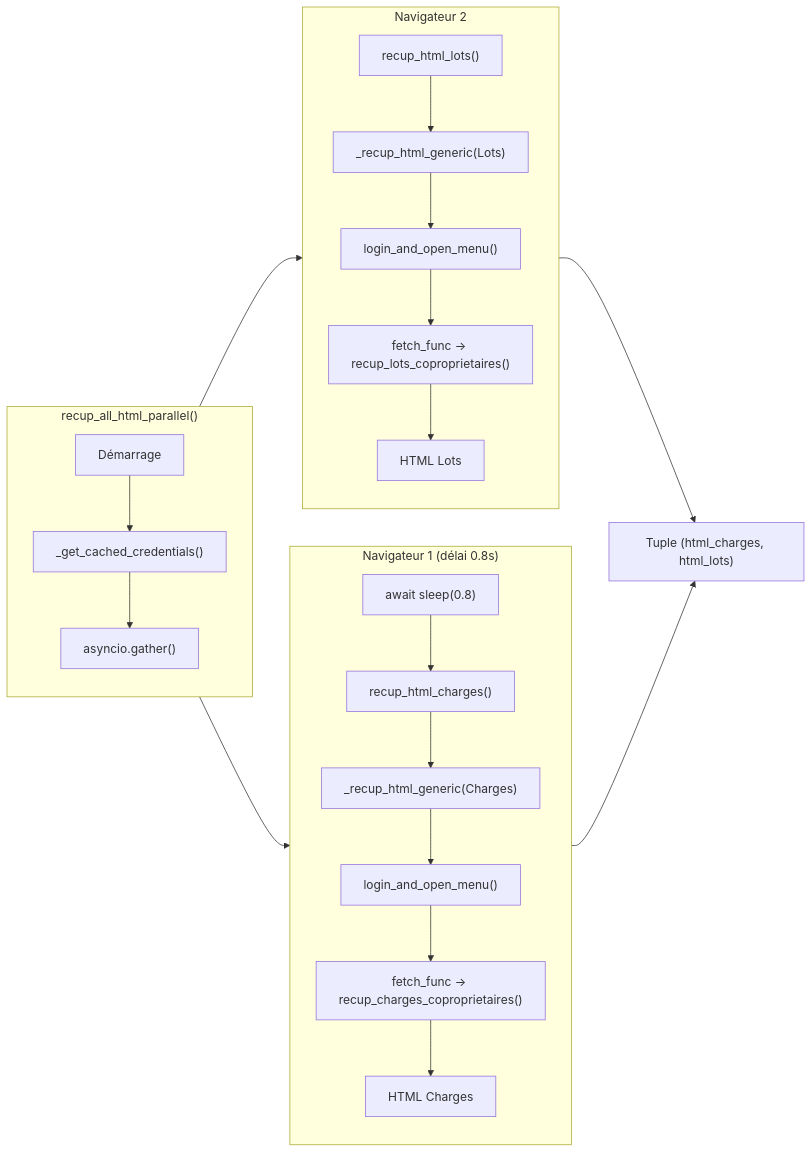
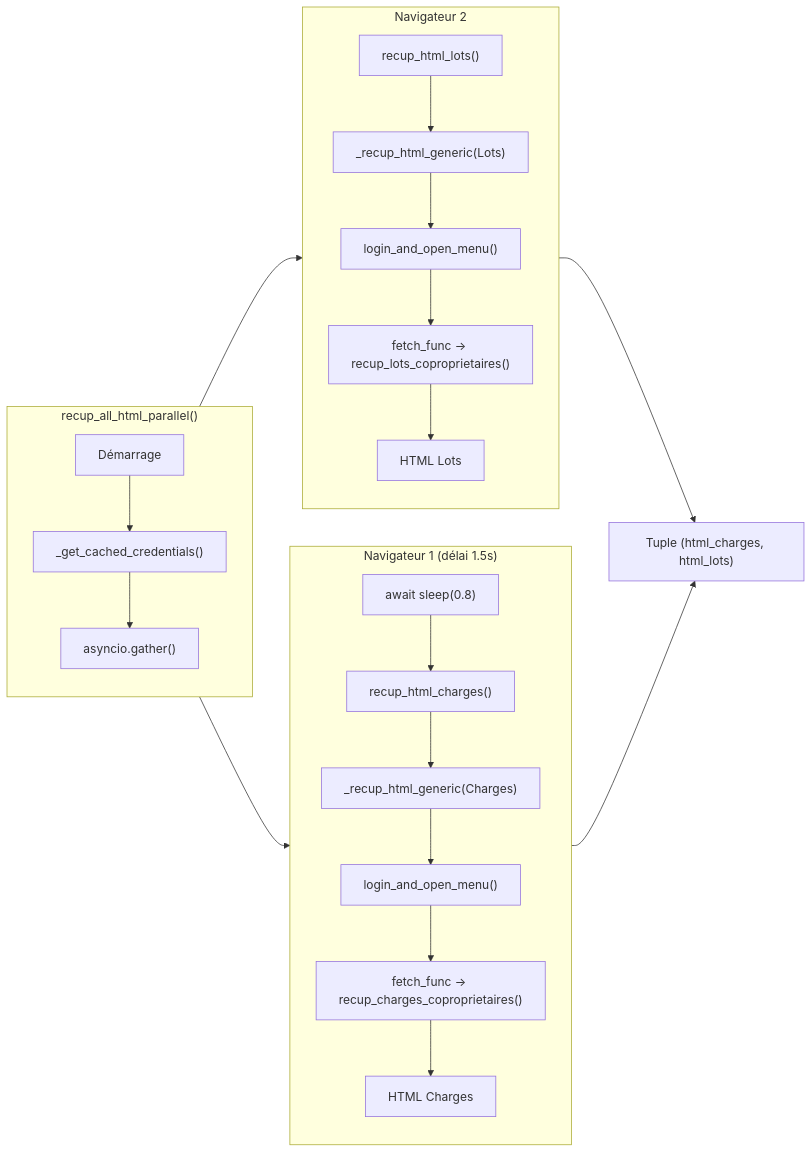
The fifth of 6 diagrams in reports/call_graph.md (therealcorwin/CPTCOPRO), drawn with Mermaid before and after one commit. The commit also changed other lines of this file, not shown here.

Commit message:
feat: Mettre à jour le graphe des appels pour inclure les nouvelles fonctions de validation et de création

````diff
--- a/reports/call_graph.md
+++ b/reports/call_graph.md
@@ -342,31 +355,31 @@
 ```mermaid
 flowchart LR
     subgraph Orchestration["recup_all_html_parallel()"]
         direction TB
         start["Démarrage"] --> creds["_get_cached_credentials()"]
         creds --> parallel["asyncio.gather()"]
     end
     
-    subgraph Nav1["Navigateur 1 (délai 0.8s)"]
+    subgraph Nav1["Navigateur 1 (délai 1.5s)"]
         direction TB
         delay["await sleep(0.8)"] --> charges["recup_html_charges()"]
         charges --> generic1["_recup_html_generic(Charges)"]
         generic1 --> login1["login_and_open_menu()"]
         login1 --> nav1["fetch_func → recup_charges_coproprietaires()"]
         nav1 --> html1["HTML Charges"]
     end
     
     subgraph Nav2["Navigateur 2"]
         direction TB
         lots["recup_html_lots()"] --> generic2["_recup_html_generic(Lots)"]
         generic2 --> login2["login_and_open_menu()"]
         login2 --> nav2["fetch_func → recup_lots_coproprietaires()"]
         nav2 --> html2["HTML Lots"]
     end
     
     parallel --> Nav1
     parallel --> Nav2
     
     html1 --> result["Tuple (html_charges, html_lots)"]
     html2 --> result
 ```
````
